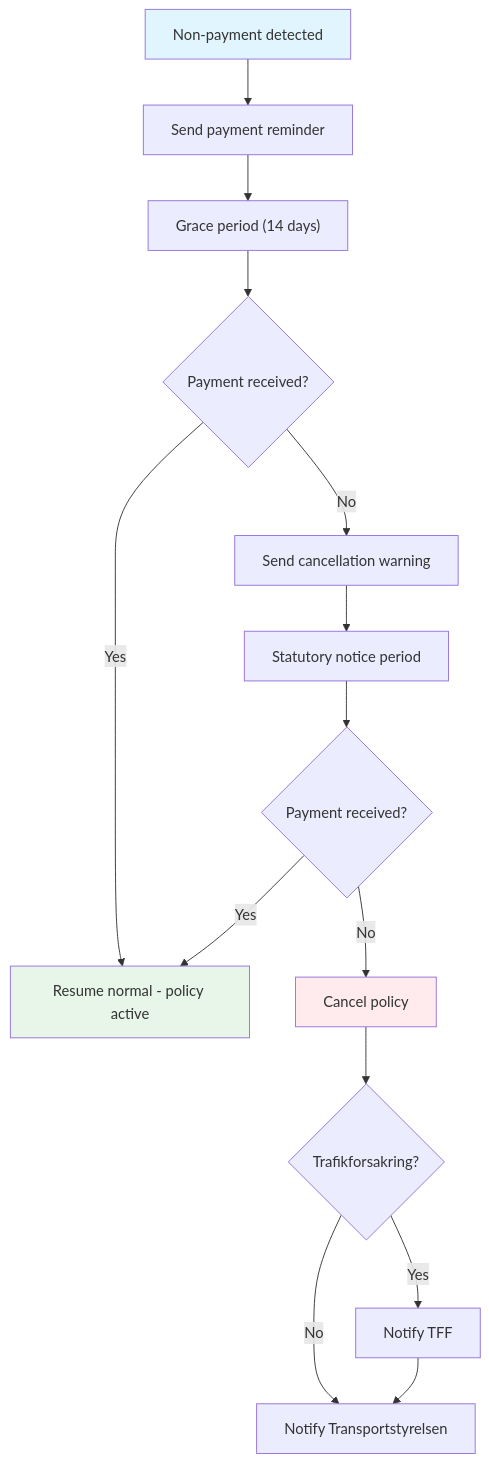
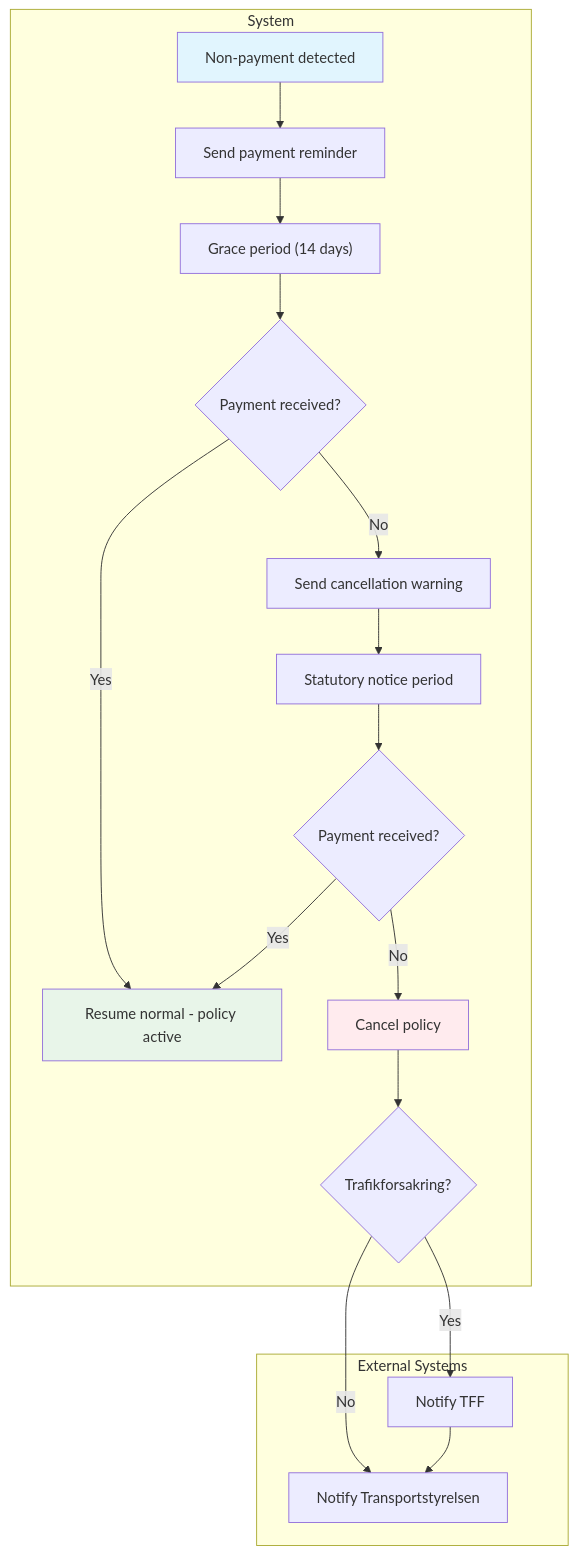
The second of 3 diagrams in docs/phase-1-motor/use-cases/uc-cancellation-processing.md (Agentic-software-factory/insurance-platform-requirements), drawn with Mermaid before and after one commit. The commit also changed other lines of this file and 13 other files, not shown here.

````diff
--- a/docs/phase-1-motor/use-cases/uc-cancellation-processing.md
+++ b/docs/phase-1-motor/use-cases/uc-cancellation-processing.md
@@ -75,20 +101,37 @@
 ```mermaid
 flowchart TD
-    A[Non-payment detected] --> B[Send payment reminder]
-    B --> C["Grace period (14 days)"]
-    C --> D{Payment received?}
-    D -->|Yes| E[Resume normal - policy active]
-    D -->|No| F[Send cancellation warning]
-    F --> G["Statutory notice period"]
-    G --> H{Payment received?}
+    subgraph System
+        A[Non-payment detected]
+        B[Send payment reminder]
+        C["Grace period (14 days)"]
+        D{Payment received?}
+        E[Resume normal - policy active]
+        F[Send cancellation warning]
+        G["Statutory notice period"]
+        H{Payment received?}
+        I[Cancel policy]
+        J{Trafikforsakring?}
+    end
+    subgraph External["External Systems"]
+        K[Notify TFF]
+        L[Notify Transportstyrelsen]
+    end
+
+    A --> B
+    B --> C
+    C --> D
+    D -->|Yes| E
+    D -->|No| F
+    F --> G
+    G --> H
     H -->|Yes| E
-    H -->|No| I[Cancel policy]
-    I --> J{Trafikforsakring?}
-    J -->|Yes| K[Notify TFF]
-    J -->|No| L[Notify Transportstyrelsen]
+    H -->|No| I
+    I --> J
+    J -->|Yes| K
+    J -->|No| L
     K --> L
 
     style A fill:#e1f5fe
     style E fill:#e8f5e9
     style I fill:#ffebee
 ```
````
